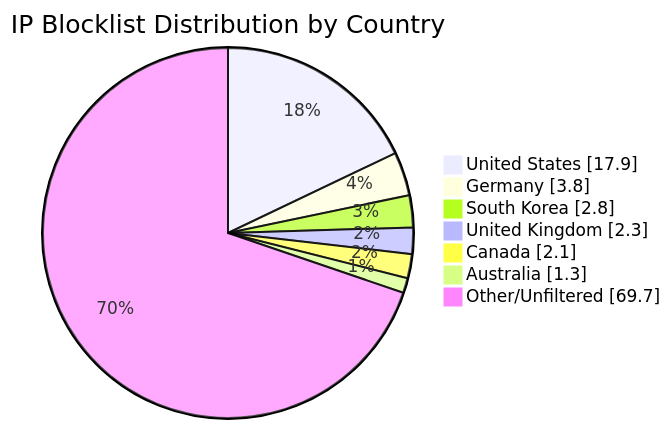
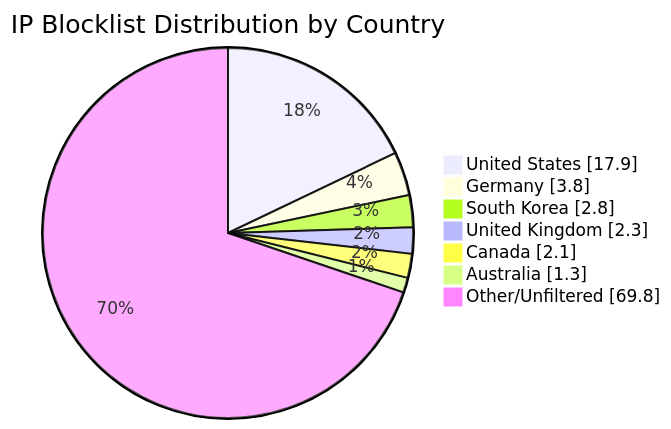
The diagram in README.md (MarcusHoltz/ipblocklist-geofiltered-aggregator), drawn with Mermaid before and after one commit. The commit also changed other lines of this file and 9 other files, not shown here.

````diff
--- a/README.md
+++ b/README.md
@@ -34,10 +34,10 @@
 ```mermaid
 pie showData title IP Blocklist Distribution by Country
 "United States" : 17.9
 "Germany" : 3.8
 "South Korea" : 2.8
 "United Kingdom" : 2.3
 "Canada" : 2.1
 "Australia" : 1.3
-"Other/Unfiltered" : 69.7
+"Other/Unfiltered" : 69.8
 ```
````
